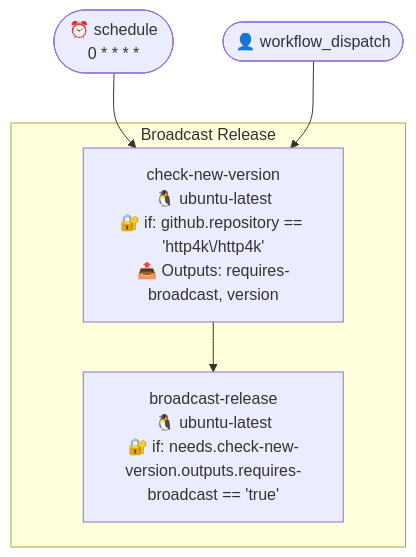
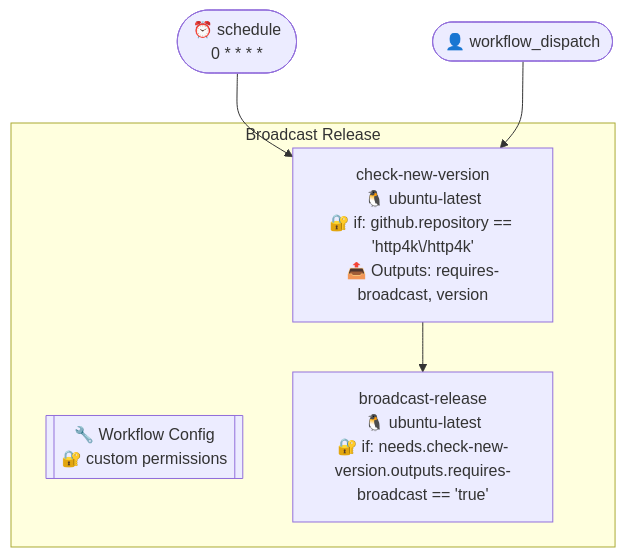
The first of 3 diagrams in .github/typeflows/broadcast-release/README.md (http4k/http4k), drawn with Mermaid before and after one commit. The commit also changed 35 other files, not shown here.

````diff
--- a/.github/typeflows/broadcast-release/README.md
+++ b/.github/typeflows/broadcast-release/README.md
@@ -3,13 +3,14 @@
 ```mermaid
 %%{init: {"flowchart": {"curve": "basis"}}}%%
 flowchart TD
     schedule(["⏰ schedule<br/>0 * * * *"])
     workflowdispatch(["👤 workflow_dispatch"])
     subgraph broadcastreleaseyml["Broadcast Release"]
+        broadcastreleaseyml_metadata[["🔧 Workflow Config<br/>🔐 custom permissions"]]
         broadcastreleaseyml_checknewversion["check-new-version<br/>🐧 ubuntu-latest<br/>🔐 if: github.repository == 'http4k\/http4k'<br/>📤 Outputs: requires-broadcast, version"]
         broadcastreleaseyml_broadcastrelease["broadcast-release<br/>🐧 ubuntu-latest<br/>🔐 if: needs.check-new-version.outputs.requires-broadcast == 'true'"]
         broadcastreleaseyml_checknewversion --> broadcastreleaseyml_broadcastrelease
     end
     schedule --> broadcastreleaseyml_checknewversion
     workflowdispatch --> broadcastreleaseyml_checknewversion
 ```
````
